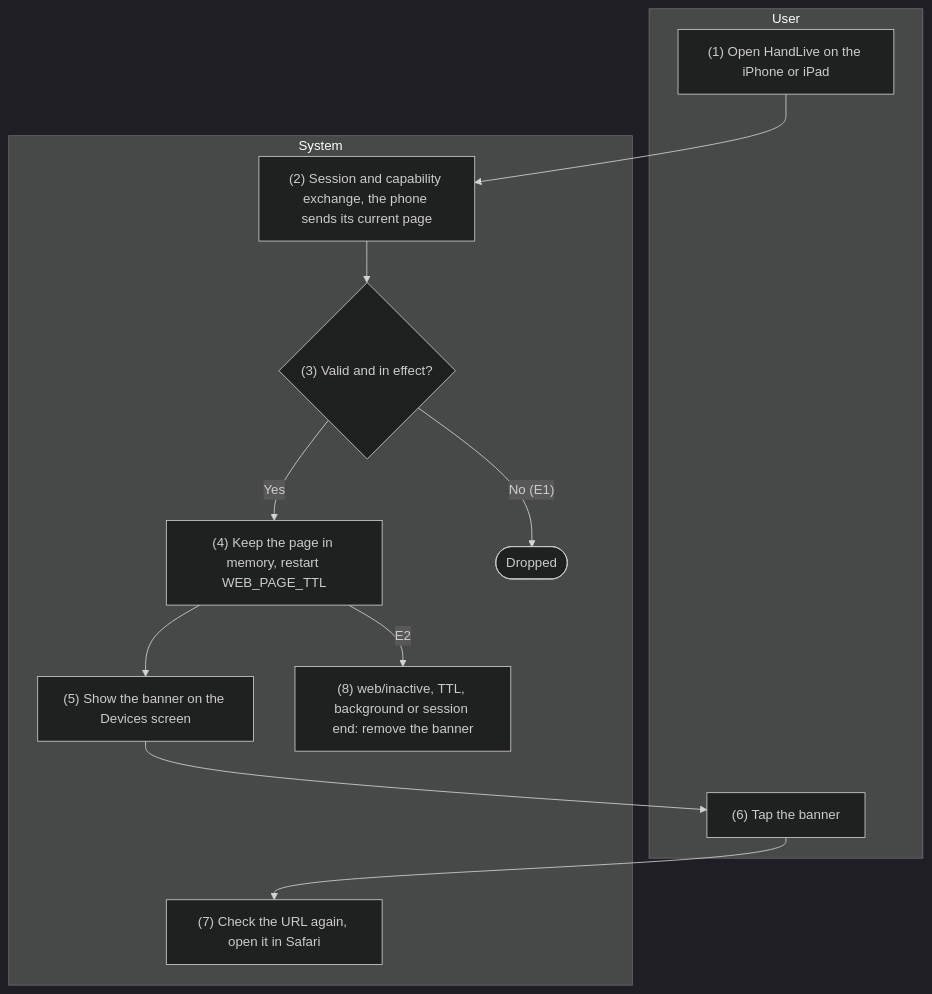
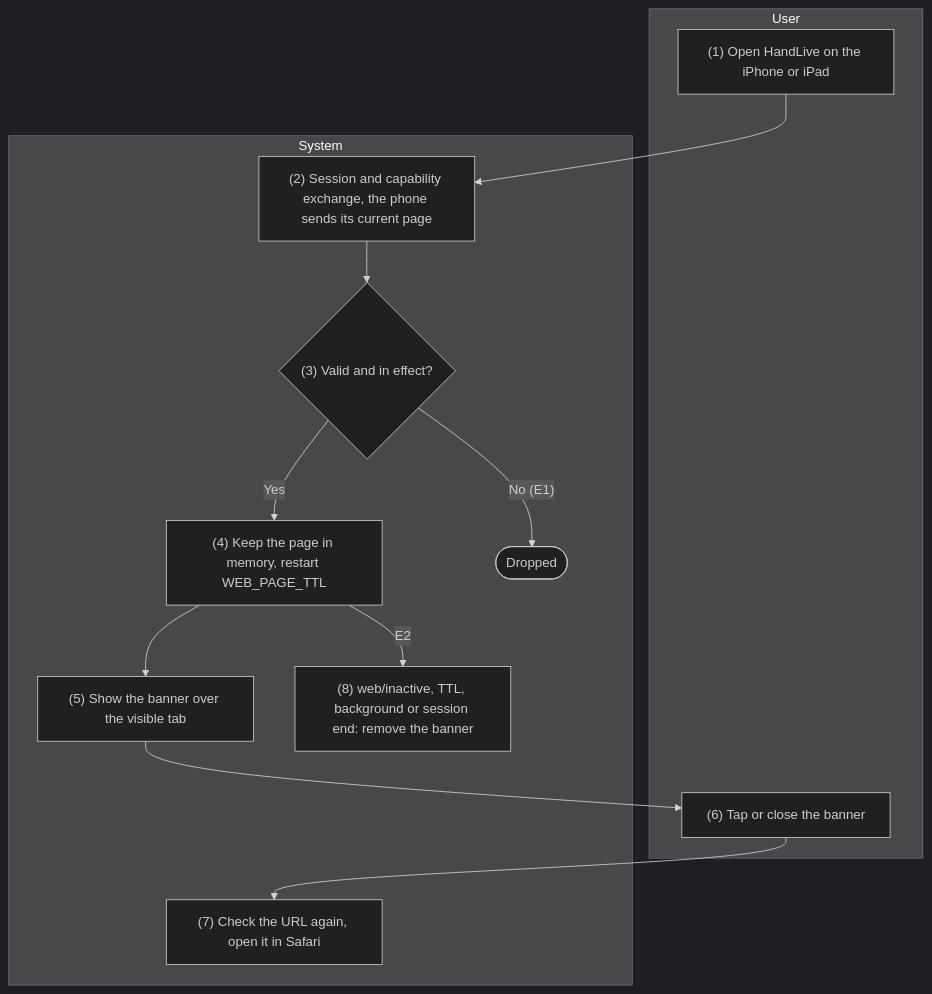
The fifth of 5 diagrams in docs/detailed-design/09-web-handoff.md (HandLive/handlive), drawn with Mermaid (dark theme) before and after one commit. The commit also changed other lines of this file and 3 other files, not shown here.

````diff
--- a/docs/detailed-design/09-web-handoff.md
+++ b/docs/detailed-design/09-web-handoff.md
@@ -708,20 +711,20 @@
 ```mermaid
 flowchart TB
   subgraph ND["User"]
     U1["(1) Open HandLive on the iPhone or iPad"]
-    U6["(6) Tap the banner"]
+    U6["(6) Tap or close the banner"]
   end
   subgraph HT["System"]
     S2["(2) Session and capability exchange, the phone sends its current page"]
     D3{"(3) Valid and in effect?"}
     S4["(4) Keep the page in memory, restart WEB_PAGE_TTL"]
-    S5["(5) Show the banner on the Devices screen"]
+    S5["(5) Show the banner over the visible tab"]
     S7["(7) Check the URL again, open it in Safari"]
     S8["(8) web/inactive, TTL, background or session end: remove the banner"]
     X1(["Dropped"])
   end
   U1 --> S2 --> D3
   D3 -- "No (E1)" --> X1
   D3 -- "Yes" --> S4 --> S5 --> U6 --> S7
   S4 -- "E2" --> S8
 ```
````
